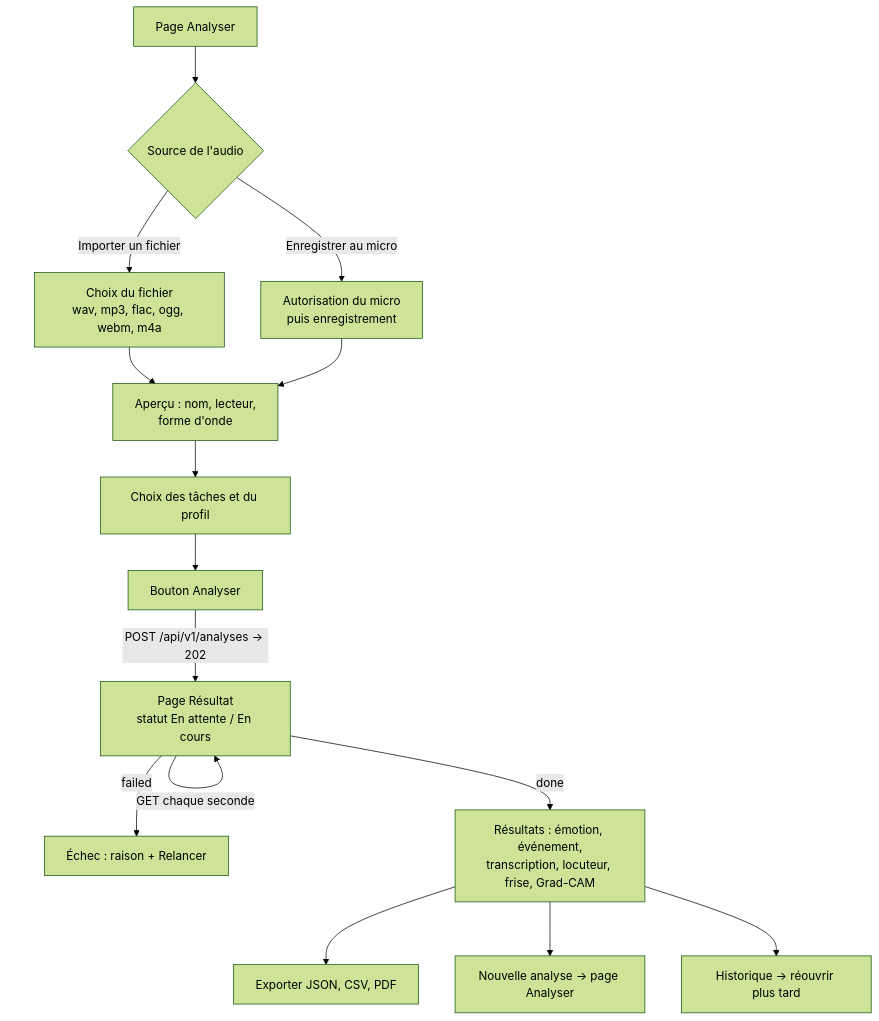
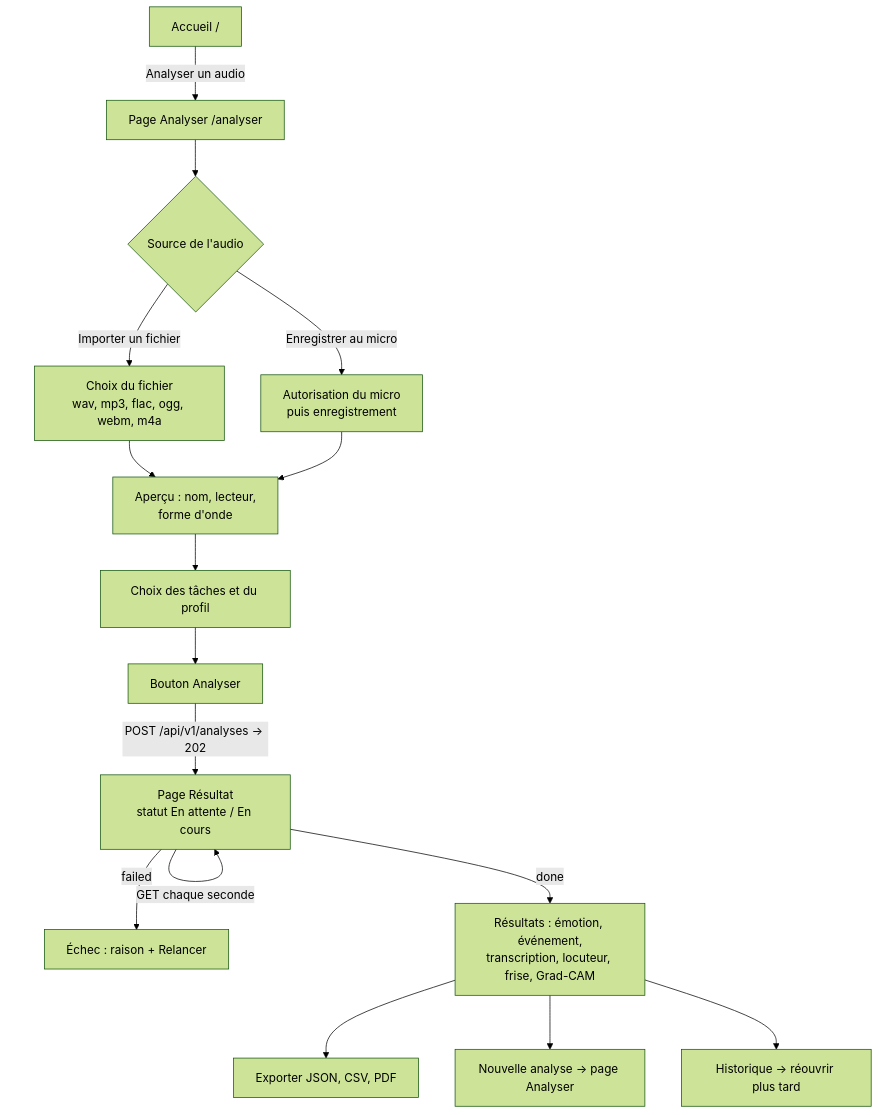
Before and after one commit to mentalist011101/TP_SIGNAL_DS: the diagram in docs/maquettes/analyser-et-resultat.md, drawn with Mermaid (forest theme). The commit also changed other lines of this file, not shown here.

First line of the commit message:
docs(maquettes): acte les adresses des pages (accueil sur /, application sur /analyser)

````diff
--- a/docs/maquettes/analyser-et-resultat.md
+++ b/docs/maquettes/analyser-et-resultat.md
@@ -23,17 +37,18 @@
 ```mermaid
 flowchart TD
-    A[Page Analyser] --> B{Source de l'audio}
+    Z[Accueil /] -->|Analyser un audio| A[Page Analyser /analyser]
+    A --> B{Source de l'audio}
     B -->|Importer un fichier| C[Choix du fichier<br>wav, mp3, flac, ogg, webm, m4a]
     B -->|Enregistrer au micro| D[Autorisation du micro<br>puis enregistrement]
     C --> E[Aperçu : nom, lecteur,<br>forme d'onde]
     D --> E
     E --> F[Choix des tâches et du profil]
     F --> G[Bouton Analyser]
     G -->|POST /api/v1/analyses → 202| H[Page Résultat<br>statut En attente / En cours]
     H -->|GET chaque seconde| H
     H -->|done| I[Résultats : émotion, événement,<br>transcription, locuteur, frise, Grad-CAM]
     H -->|failed| J[Échec : raison + Relancer]
     I --> K[Exporter JSON, CSV, PDF]
     I --> L[Nouvelle analyse → page Analyser]
     I --> M[Historique → réouvrir plus tard]
 ```
````
